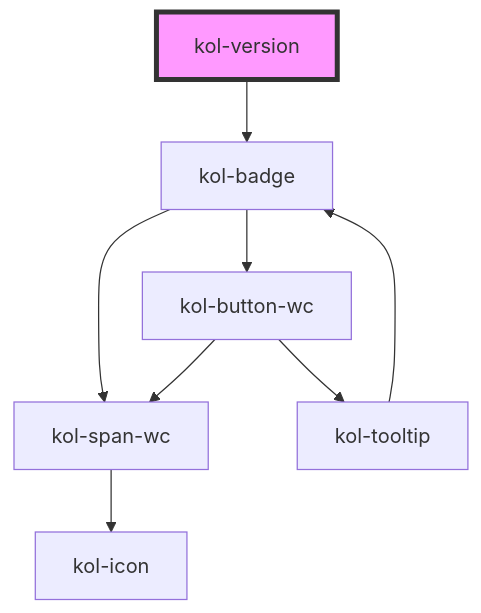
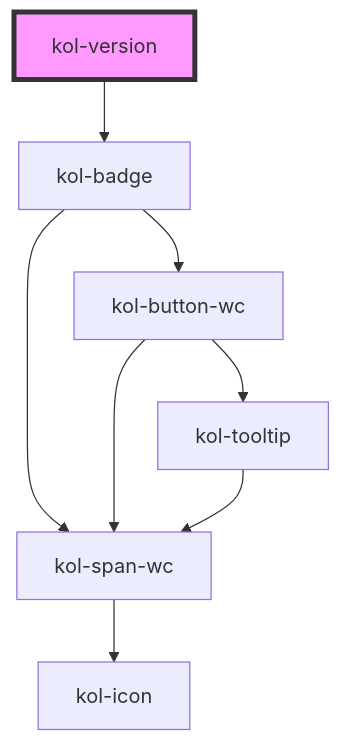
Before and after one commit to public-ui/kolibri: the diagram in packages/components/src/components/version/readme.md, drawn with Mermaid. The commit also changed 62 other files, not shown here.

````diff
--- a/packages/components/src/components/version/readme.md
+++ b/packages/components/src/components/version/readme.md
@@ -49,11 +49,11 @@
 ```mermaid
 graph TD;
   kol-version --> kol-badge
   kol-badge --> kol-span-wc
   kol-badge --> kol-button-wc
   kol-span-wc --> kol-icon
   kol-button-wc --> kol-span-wc
   kol-button-wc --> kol-tooltip
-  kol-tooltip --> kol-badge
+  kol-tooltip --> kol-span-wc
   style kol-version fill:#f9f,stroke:#333,stroke-width:4px
 ```
````
